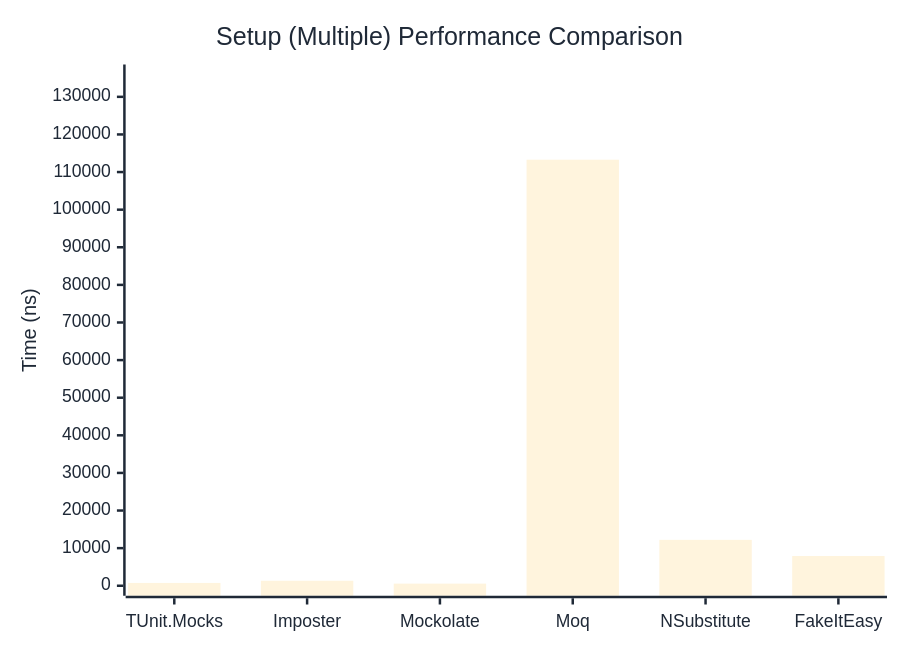
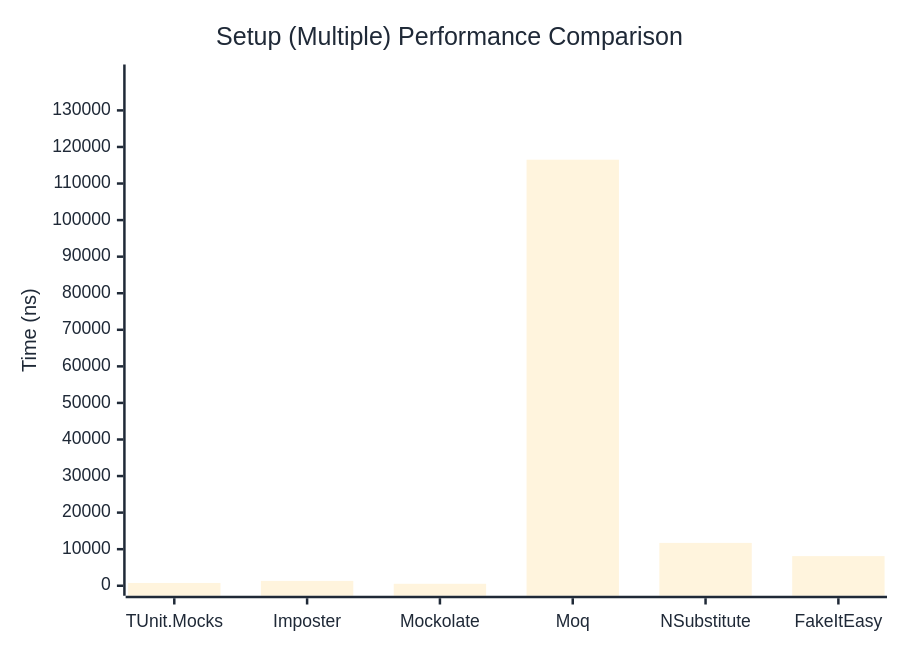
Before and after one commit to thomhurst/TUnit: the second of 2 diagrams in docs/docs/benchmarks/mocks/Setup.md, drawn with Mermaid. The commit also changed other lines of this file and 14 other files, not shown here.

````diff
--- a/docs/docs/benchmarks/mocks/Setup.md
+++ b/docs/docs/benchmarks/mocks/Setup.md
@@ -71,27 +71,27 @@
 ```mermaid
 %%{init: {
   'theme':'base',
   'themeVariables': {
     'primaryColor': '#2563eb',
     'primaryTextColor': '#1f2937',
     'primaryBorderColor': '#1e40af',
     'lineColor': '#6b7280',
     'secondaryColor': '#7c3aed',
     'tertiaryColor': '#dc2626',
     'background': '#ffffff',
     'pie1': '#2563eb',
     'pie2': '#7c3aed',
     'pie3': '#dc2626',
     'pie4': '#f59e0b',
     'pie5': '#10b981',
     'pie6': '#06b6d4',
     'pie7': '#ec4899',
     'pie8': '#6366f1'
   }
 }}%%
 xychart-beta
   title "Setup (Multiple) Performance Comparison"
   x-axis ["TUnit.Mocks", "Imposter", "Mockolate", "Moq", "NSubstitute", "FakeItEasy"]
-  y-axis "Time (ns)" 0 --> 135939
-  bar [749.1, 1323, 567.4, 113282, 12202.7, 7903.2]
+  y-axis "Time (ns)" 0 --> 139817
+  bar [759.4, 1323.7, 533.6, 116513.8, 11713.4, 8107]
 ```
````
